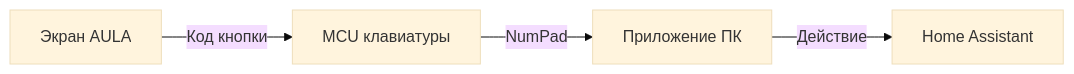
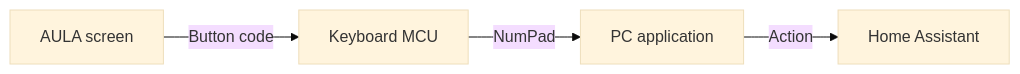
Before and after one commit to softce/aula-l99-research: the first of 2 diagrams in README.md, drawn with Mermaid (base theme). The commit also changed other lines of this file and 16 other files, not shown here.

````diff
--- a/README.md
+++ b/README.md
@@ -15,6 +15,6 @@
 ```mermaid
 flowchart LR
-    T[Экран AULA] -->|Код кнопки| K[MCU клавиатуры]
-    K -->|NumPad| P[Приложение ПК]
-    P -->|Действие| H[Home Assistant]
+    T[AULA screen] -->|Button code| K[Keyboard MCU]
+    K -->|NumPad| P[PC application]
+    P -->|Action| H[Home Assistant]
 ```
````
